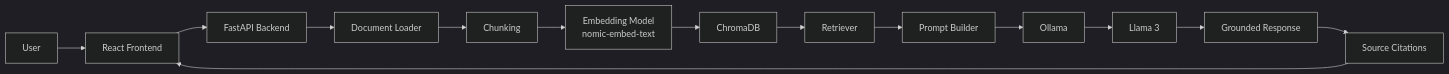
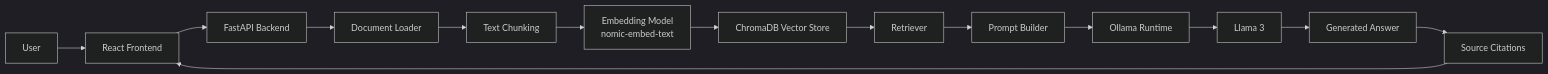
The first of 2 diagrams in README.md (JahnaviPolisetty/Local-RAG-with-LLaMa3), drawn with Mermaid (dark theme) before and after one commit. The commit also changed other lines of this file, not shown here.

````diff
--- a/README.md
+++ b/README.md
@@ -99,16 +77,16 @@
 ```mermaid
 flowchart LR
     A["User"] --> B["React Frontend"]
     B --> C["FastAPI Backend"]
     C --> D["Document Loader"]
-    D --> E["Chunking"]
+    D --> E["Text Chunking"]
     E --> F["Embedding Model<br/>nomic-embed-text"]
-    F --> G["ChromaDB"]
+    F --> G["ChromaDB Vector Store"]
     G --> H["Retriever"]
     H --> I["Prompt Builder"]
-    I --> J["Ollama"]
+    I --> J["Ollama Runtime"]
     J --> K["Llama 3"]
-    K --> L["Grounded Response"]
+    K --> L["Generated Answer"]
     L --> M["Source Citations"]
     M --> B
 ```
````
